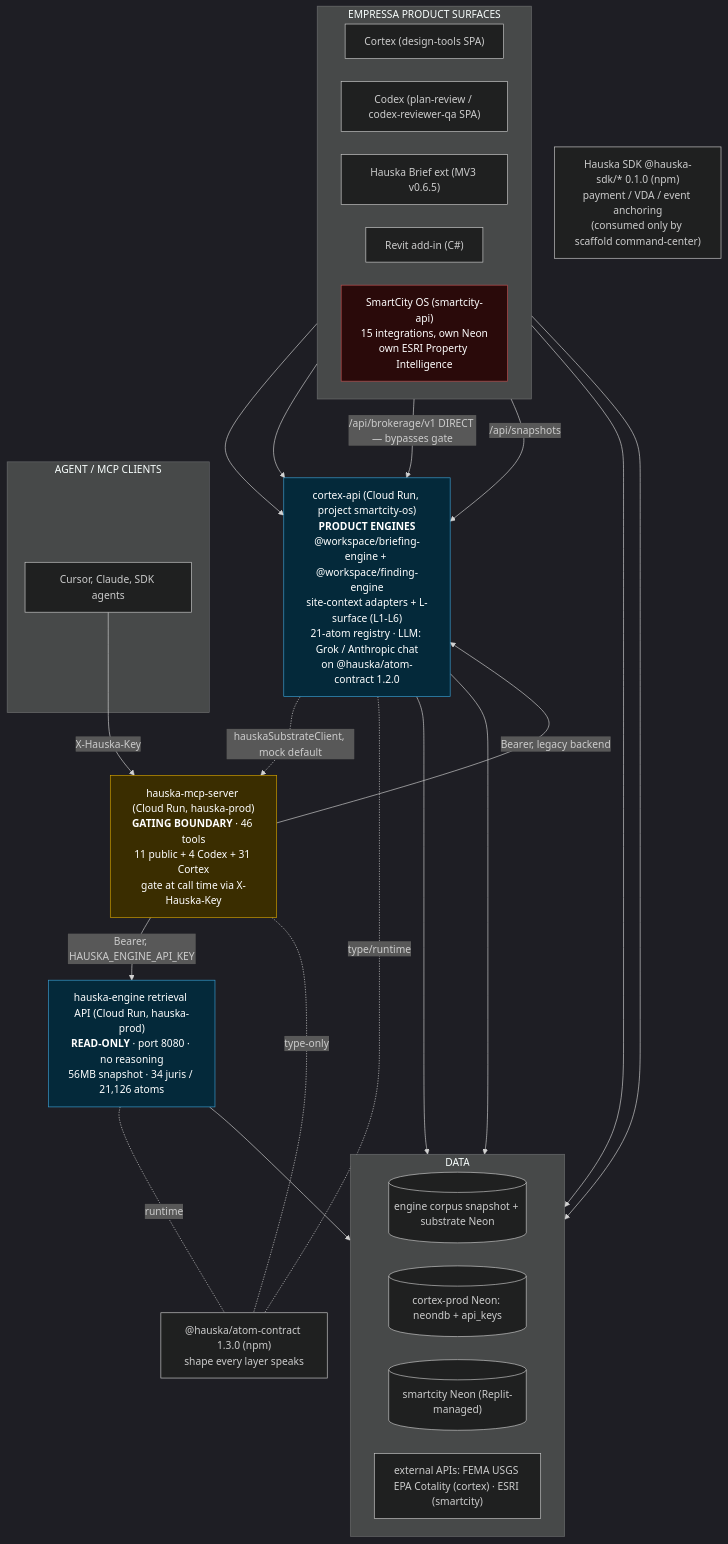
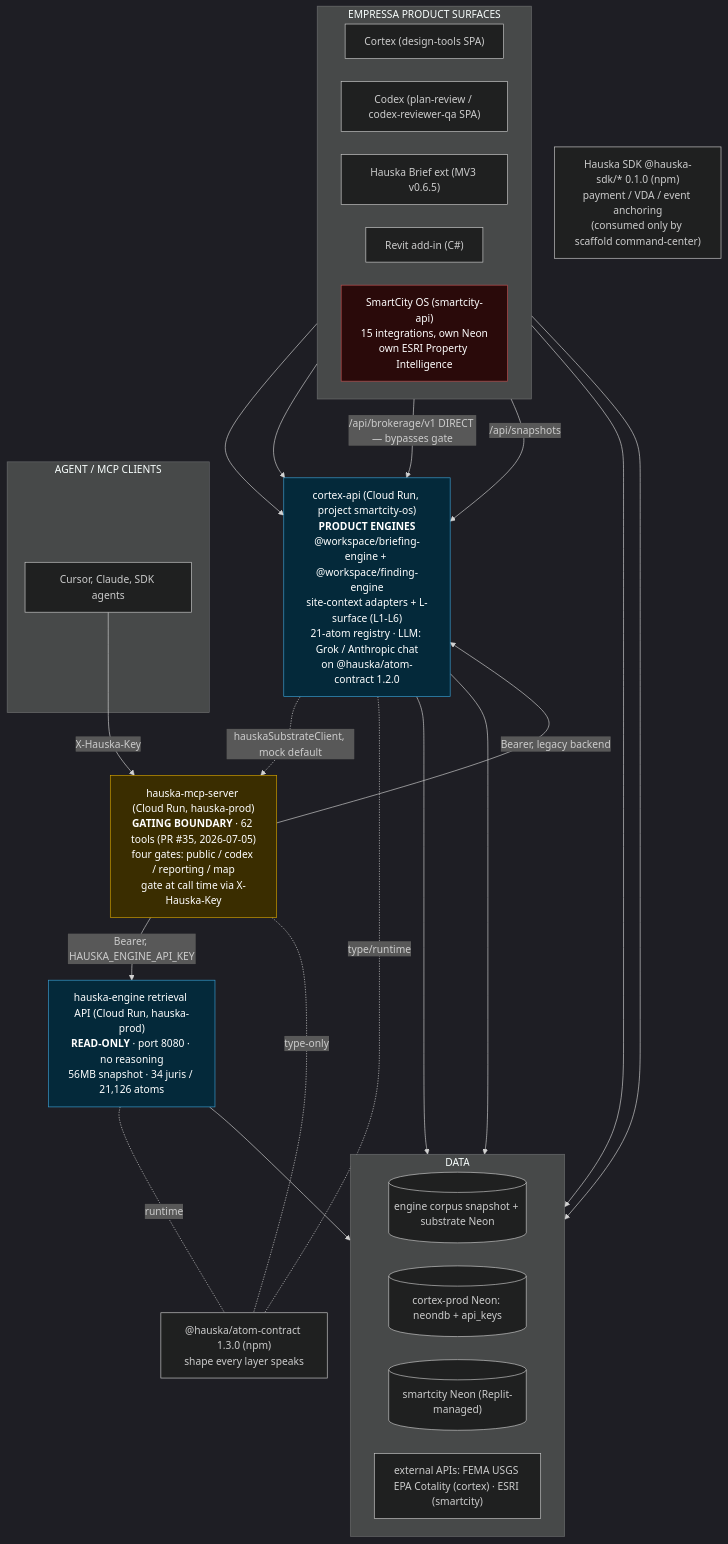
One commit to empressaioemail-tech/doc_repo changed the first of 5 diagrams in 00c_portfolio_master_map.md. Above: the diagram before and after it, drawn with Mermaid. The commit also changed other lines of this file and 10 other files, not shown here.

Commit message:
docs: Phase 0 hygiene sweep — 62/four-gate + Regrid-purged + contract 1.6.1 in live docs

````diff
--- a/00c_portfolio_master_map.md
+++ b/00c_portfolio_master_map.md
@@ -39,59 +41,59 @@
 ```mermaid
 %%{init: {'theme': 'dark', 'flowchart': {'nodeSpacing': 36, 'rankSpacing': 50}}}%%
 flowchart TB
     subgraph EMP["EMPRESSA PRODUCT SURFACES"]
         direction LR
         DT["Cortex (design-tools SPA)"]
         PR["Codex (plan-review / codex-reviewer-qa SPA)"]
         BX["Hauska Brief ext (MV3 v0.6.5)"]
         RS["Revit add-in (C#)"]
         SC["SmartCity OS (smartcity-api)<br/>15 integrations, own Neon<br/>own ESRI Property Intelligence"]
     end
 
     subgraph CLIENTS["AGENT / MCP CLIENTS"]
         MCPC["Cursor, Claude, SDK agents"]
     end
 
     CORTEX["cortex-api (Cloud Run, project smartcity-os)<br/><b>PRODUCT ENGINES</b><br/>@workspace/briefing-engine + @workspace/finding-engine<br/>site-context adapters + L-surface (L1-L6)<br/>21-atom registry · LLM: Grok / Anthropic chat<br/>on @hauska/atom-contract 1.2.0"]
 
-    MCP["hauska-mcp-server (Cloud Run, hauska-prod)<br/><b>GATING BOUNDARY</b> · 46 tools<br/>11 public + 4 Codex + 31 Cortex<br/>gate at call time via X-Hauska-Key"]
+    MCP["hauska-mcp-server (Cloud Run, hauska-prod)<br/><b>GATING BOUNDARY</b> · 62 tools (PR #35, 2026-07-05)<br/>four gates: public / codex / reporting / map<br/>gate at call time via X-Hauska-Key"]
 
     ENGINE["hauska-engine retrieval API (Cloud Run, hauska-prod)<br/><b>READ-ONLY</b> · port 8080 · no reasoning<br/>56MB snapshot · 34 juris / 21,126 atoms"]
 
     CONTRACT["@hauska/atom-contract 1.3.0 (npm)<br/>shape every layer speaks"]
     SDK["Hauska SDK @hauska-sdk/* 0.1.0 (npm)<br/>payment / VDA / event anchoring<br/>(consumed only by scaffold command-center)"]
 
     subgraph DATA["DATA"]
         direction LR
         CORPUS[("engine corpus snapshot + substrate Neon")]
         CNEON[("cortex-prod Neon: neondb + api_keys")]
         SNEON[("smartcity Neon (Replit-managed)")]
         EXT["external APIs: FEMA USGS EPA Cotality (cortex) · ESRI (smartcity)"]
     end
 
     DT --> CORTEX
     PR --> CORTEX
     BX -->|"/api/brokerage/v1 DIRECT — bypasses gate"| CORTEX
     RS -->|"/api/snapshots"| CORTEX
     MCPC -->|X-Hauska-Key| MCP
 
     MCP -->|Bearer, legacy backend| CORTEX
     MCP -->|Bearer, HAUSKA_ENGINE_API_KEY| ENGINE
     CORTEX -.->|hauskaSubstrateClient, mock default| MCP
 
     CORTEX --> CNEON
     CORTEX --> EXT
     ENGINE --> CORPUS
     SC --> SNEON
     SC --> EXT
     CORTEX -. type/runtime .- CONTRACT
     MCP -. type-only .- CONTRACT
     ENGINE -. runtime .- CONTRACT
 
     classDef live fill:#04293a,stroke:#3aa0d4,color:#fff;
     classDef gate fill:#3a2d00,stroke:#d4a200,color:#fff;
     classDef island fill:#2a0a0a,stroke:#c05050,color:#fff;
     class CORTEX,ENGINE live;
     class MCP gate;
     class SC island;
 ```
````
